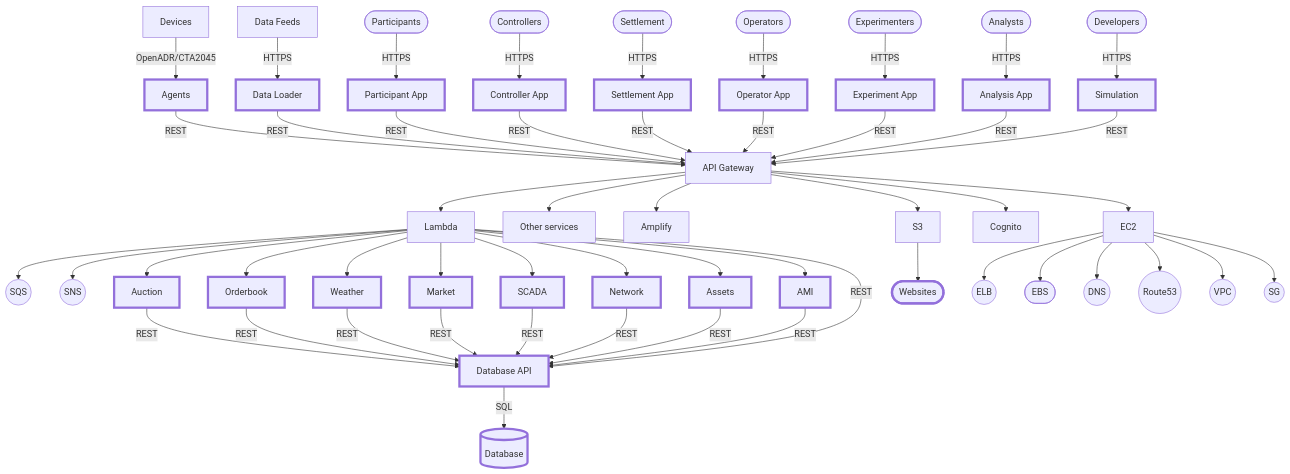
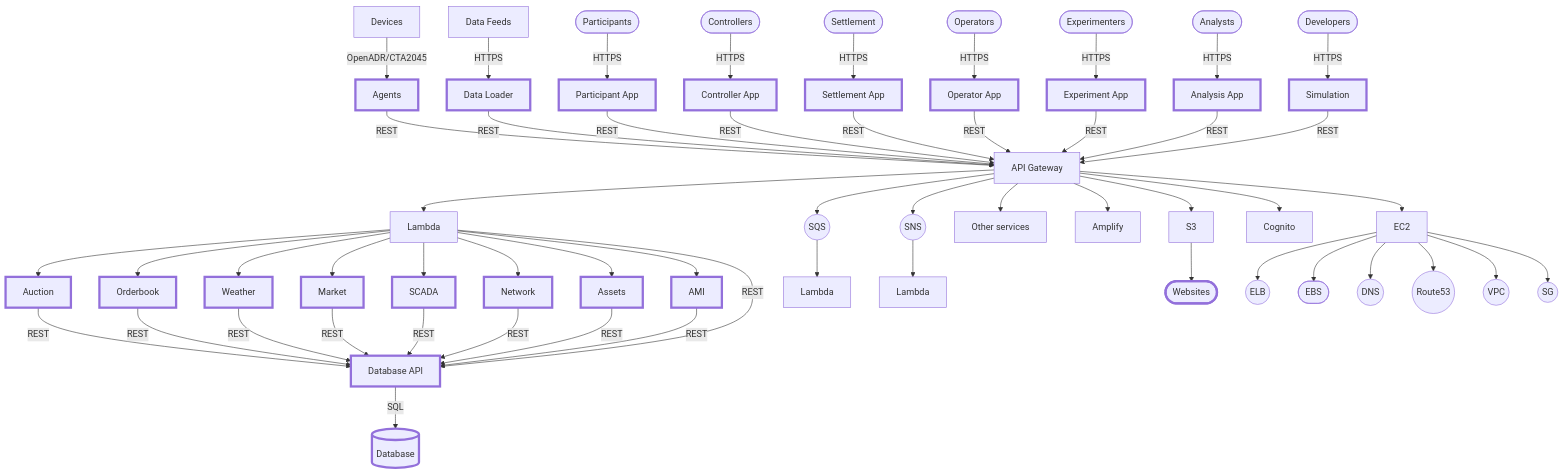
One commit to aivanova5/design changed the first of 2 diagrams in docs/README.md. Above: the diagram before and after it, drawn with Mermaid.

```diff
--- a/docs/README.md
+++ b/docs/README.md
@@ -33,9 +33,9 @@
   
   gateway --> lambda[Lambda]
   
-    lambda --> sqs((SQS))
-    
-    lambda --> sns((SNS))
+  gateway --> sqs((SQS)) --> lambda2[Lambda]
+
+  gateway --> sns((SNS)) --> lambda3[Lambda]
 
     lambda --> auction[Auction]:::active --REST--> db_api  
       click auction "https://github.com/postroad-energy/design/blob/main/docs/auction.md" _blank
```
